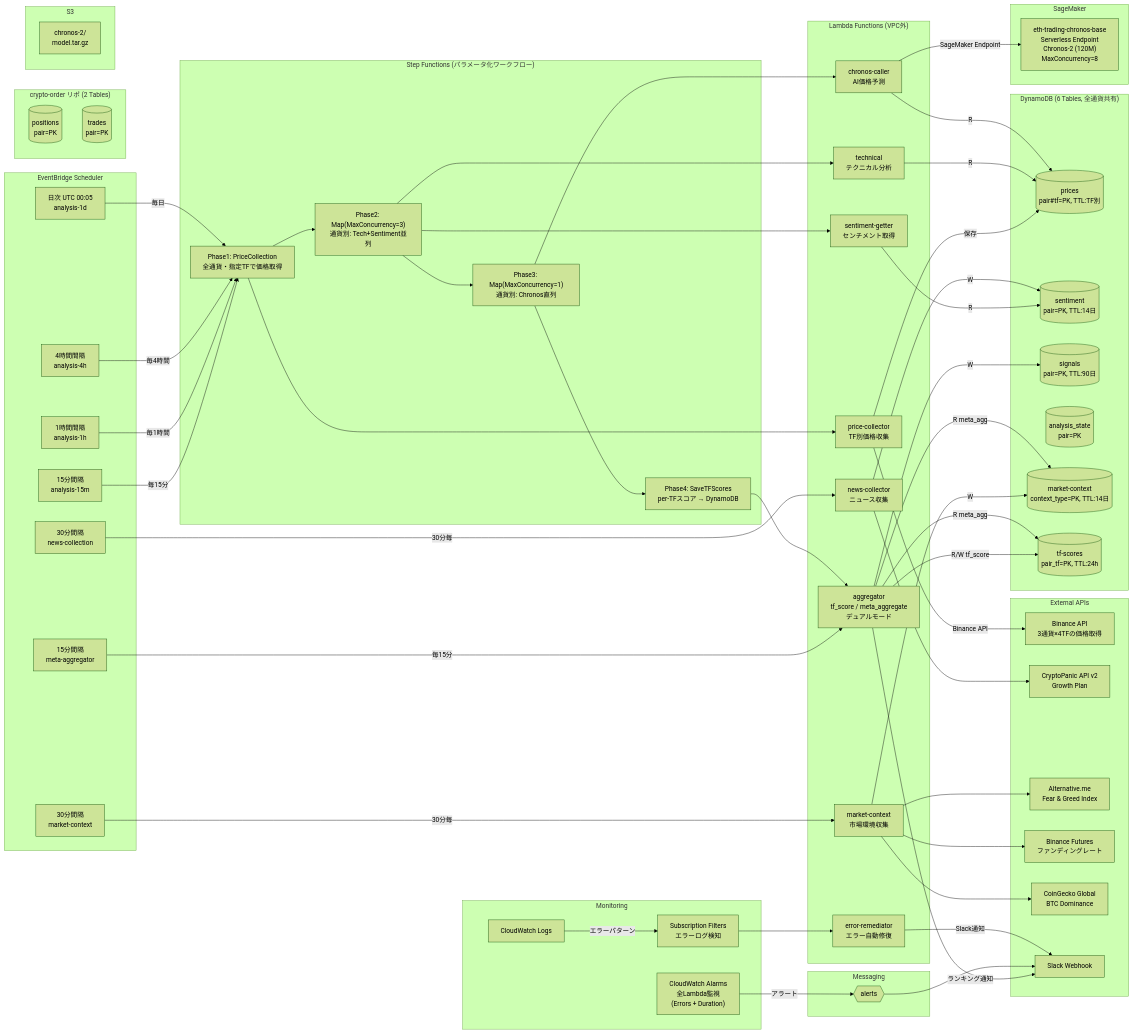
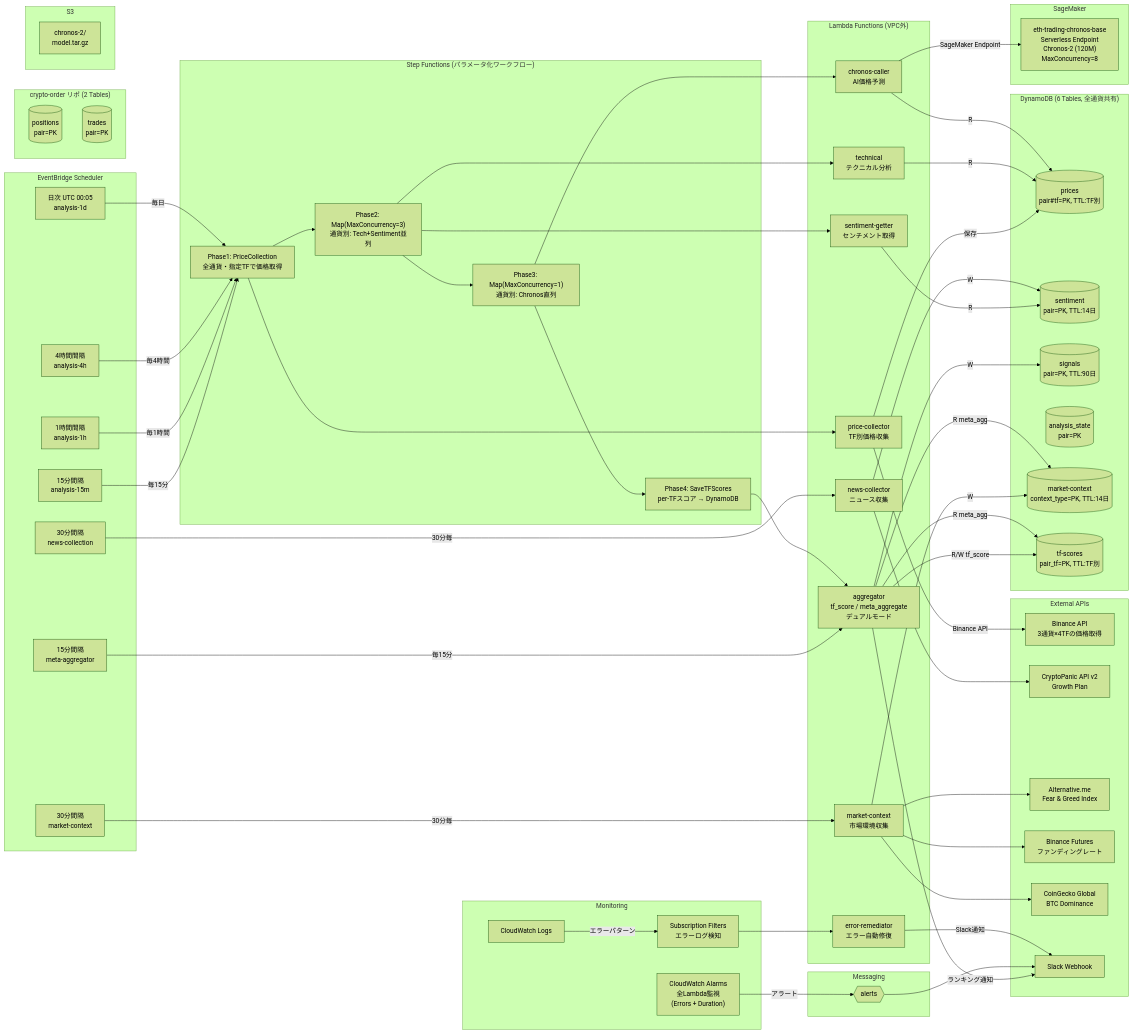
The diagram in docs/architecture.md (kiikun0530/crypto-trader), drawn with Mermaid (forest theme) before and after one commit. The commit also changed other lines of this file and 1 other file, not shown here.

First line of the commit message:
docs: tf-scores TTL を TF 別に修正 (24h  prices と同じ)

```diff
--- a/docs/architecture.md
+++ b/docs/architecture.md
@@ -61,7 +61,7 @@
         DB_SIGNALS[("​signals<br/>pair=PK, TTL:90日")]
         DB_STATE[("​analysis_state<br/>pair=PK")]
         DB_MKTCTX[("​market-context<br/>context_type=PK, TTL:14日")]
-        DB_TFSCORES[("​tf-scores<br/>pair_tf=PK, TTL:24h")]
+        DB_TFSCORES[("​tf-scores<br/>pair_tf=PK, TTL:TF別")]
     end
 
     subgraph CryptoOrder["crypto-order リポ (2 Tables)"]
```
